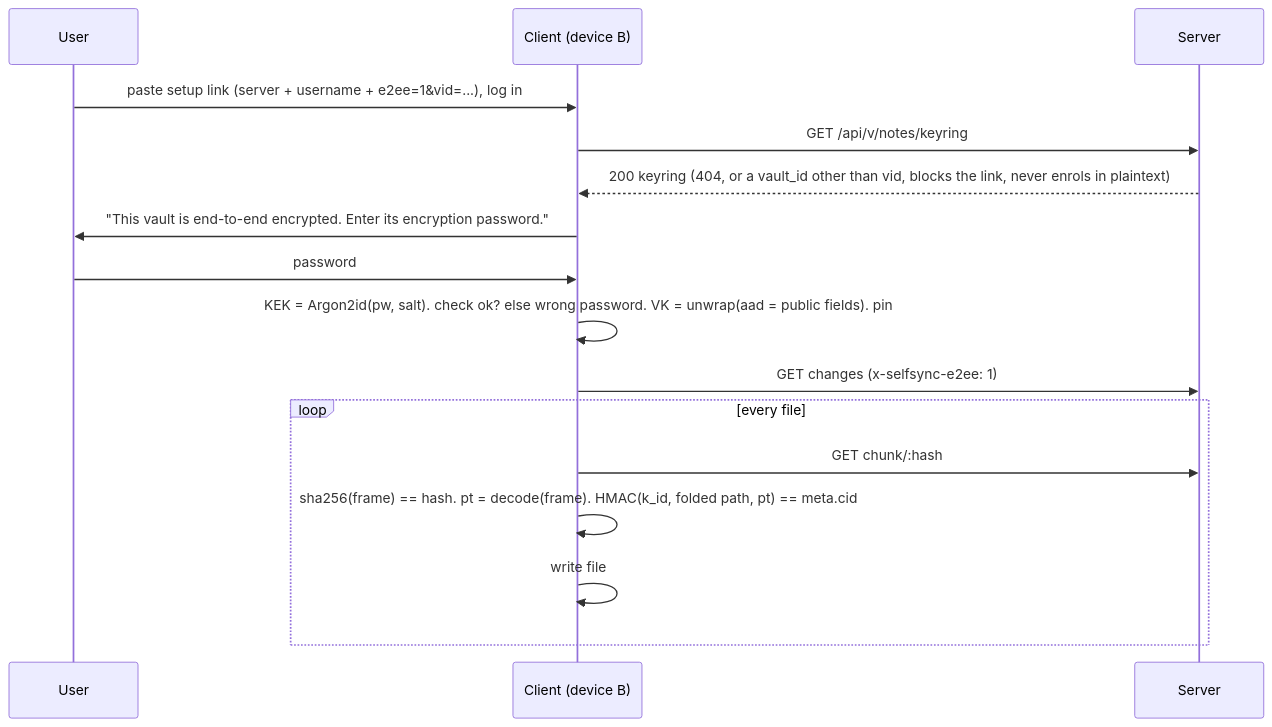
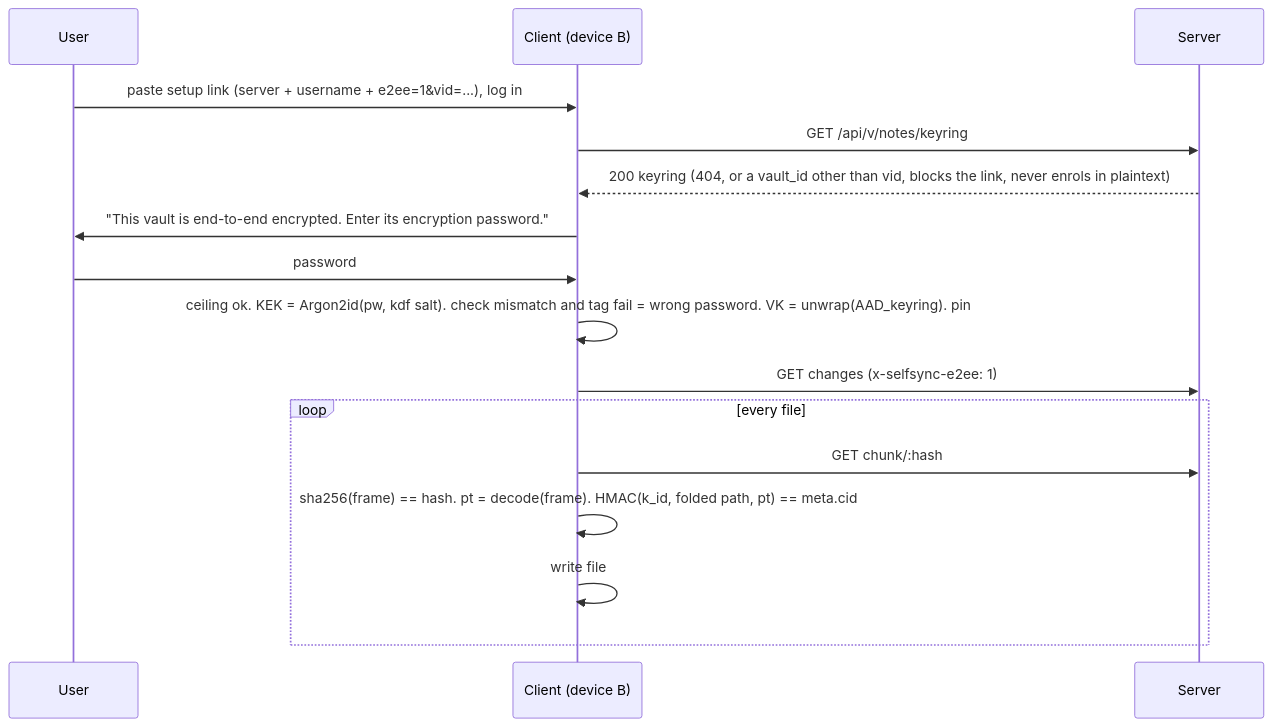
The third of 4 diagrams in docs/design/specs/2026-11-10-e2ee-design.md (williamweatherholtz/obsidian-selfsync), drawn with Mermaid before and after one commit. The commit also changed other lines of this file and 19 other files, not shown here.

First line of the commit message:
CR: E2EE design revision 5 after panel round 3 (1 ACCEPT, 6 OBJECT): vault_id HKDF salt, extractor in scoped(), case-only cid fold, schema stamp, no digest pin, one migration order

````diff
--- a/docs/design/specs/2026-11-10-e2ee-design.md
+++ b/docs/design/specs/2026-11-10-e2ee-design.md
@@ -377,18 +445,18 @@
 ```mermaid
 sequenceDiagram
     participant U as User
     participant B as Client (device B)
     participant S as Server
     U->>B: paste setup link (server + username + e2ee=1&vid=...), log in
     B->>S: GET /api/v/notes/keyring
     S-->>B: 200 keyring (404, or a vault_id other than vid, blocks the link, never enrols in plaintext)
     B->>U: "This vault is end-to-end encrypted. Enter its encryption password."
     U->>B: password
-    B->>B: KEK = Argon2id(pw, salt). check ok? else wrong password. VK = unwrap(aad = public fields). pin
+    B->>B: ceiling ok. KEK = Argon2id(pw, kdf salt). check mismatch and tag fail = wrong password. VK = unwrap(AAD_keyring). pin
     B->>S: GET changes (x-selfsync-e2ee: 1)
     loop every file
         B->>S: GET chunk/:hash
         B->>B: sha256(frame) == hash. pt = decode(frame). HMAC(k_id, folded path, pt) == meta.cid
         B->>B: write file
     end
 ```
````
